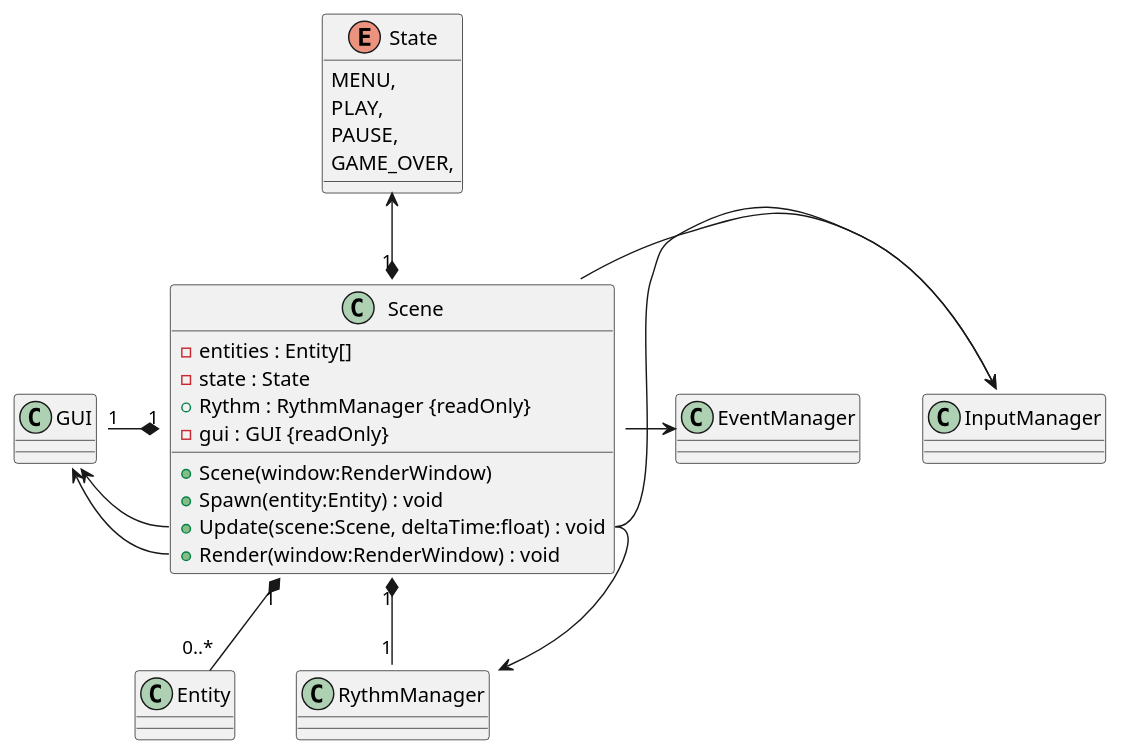
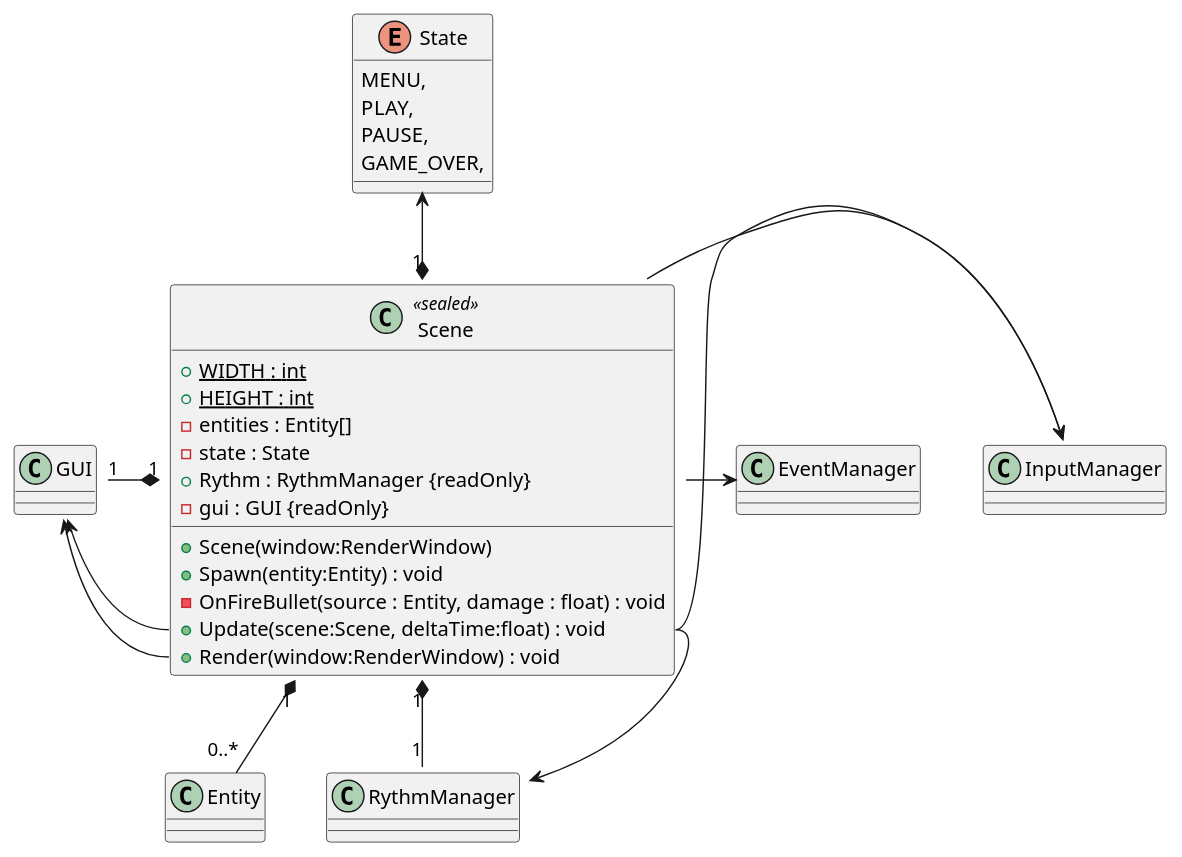
One commit to Ruby1405/PaceInvaders changed the diagram in plantuml/Scene.puml. Above: the diagram before and after it, drawn with PlantUML. The commit also changed 10 other files, not shown here.

Commit message:
Updated class diagram

```diff
--- a/plantuml/Scene.puml
+++ b/plantuml/Scene.puml
@@ -1,28 +1,31 @@
 @startuml
 enum State {
     MENU,
     PLAY,
     PAUSE,
     GAME_OVER,
 }
-class Scene {
+class Scene <<sealed>> {
+    + {static} WIDTH : int
+    + {static} HEIGHT : int
     - entities : Entity[]
     - state : State
     + Rythm : RythmManager {readOnly}
     - gui : GUI {readOnly}
     + Scene(window:RenderWindow)
     + Spawn(entity:Entity) : void
+    - OnFireBullet(source : Entity, damage : float) : void
     + Update(scene:Scene, deltaTime:float) : void
     + Render(window:RenderWindow) : void
 }
 State <--* "1" Scene
 GUI "1" -* "1" Scene
 Scene "1" *-- "0..*" Entity
 Scene::Scene -> InputManager::InitializeInputs
 Scene::Update -> InputManager::Update
 GUI::Update <- Scene::Update
 GUI::Render <- Scene::Render
 Scene "1" *-- "1" RythmManager
 Scene::Update --> RythmManager::Update
 Scene -> EventManager
 @enduml
```
